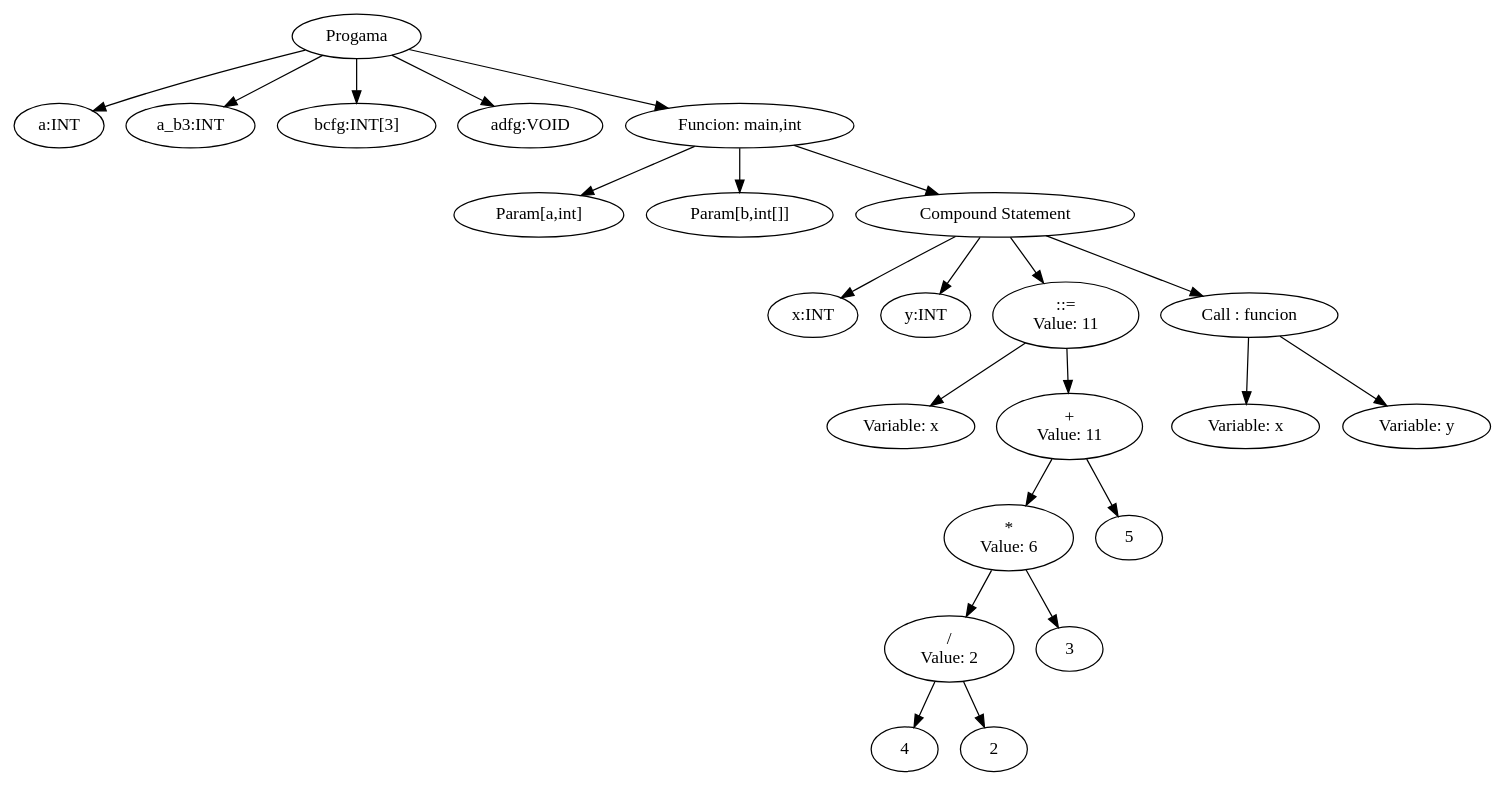
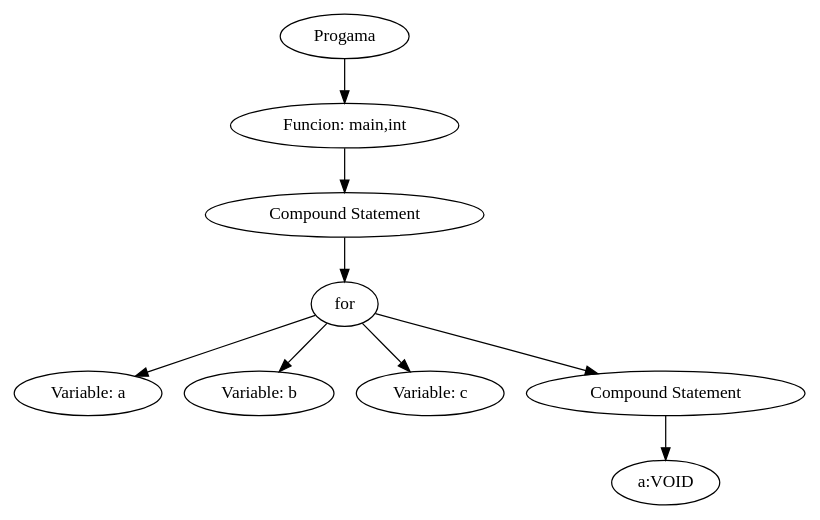
The diagram in Compilador/cod.dot (ComoSiempre/Compilador_T2), drawn with Graphviz before and after one commit. The commit also changed 16 other files, not shown here.

```diff
--- a/Compilador/cod.dot
+++ b/Compilador/cod.dot
@@ -1,51 +1,19 @@
 digraph G { 
 "nodo0"[label="Progama"]; 
-"nodo1"[label="a:INT"]; 
+"nodo1"[label="Funcion: main,int"]; 
 "nodo0"->"nodo1"; 
-"nodo2"[label="a_b3:INT"]; 
-"nodo0"->"nodo2"; 
-"nodo3"[label="bcfg:INT[3]"]; 
-"nodo0"->"nodo3"; 
-"nodo4"[label="adfg:VOID"]; 
-"nodo0"->"nodo4"; 
-"nodo5"[label="Funcion: main,int"]; 
-"nodo0"->"nodo5"; 
-"nodo6"[label="Param[a,int]"]; 
-"nodo5"->"nodo6"; 
-"nodo7"[label="Param[b,int[]]"]; 
-"nodo5"->"nodo7"; 
-"nodo8"[label="Compound Statement"]; 
-"nodo5"->"nodo8"; 
-"nodo9"[label="x:INT"]; 
-"nodo8"->"nodo9"; 
-"nodo10"[label="y:INT"]; 
-"nodo8"->"nodo10"; 
-"nodo11"[label="::=
-Value: 11"]; 
-"nodo8"->"nodo11"; 
-"nodo12"[label="Variable: x"]; 
-"nodo11"->"nodo12"; 
-"nodo13"[label="+
-Value: 11"]; 
-"nodo11"->"nodo13"; 
-"nodo14"[label="*
-Value: 6"]; 
-"nodo13"->"nodo14"; 
-"nodo15"[label="/
-Value: 2"]; 
-"nodo14"->"nodo15"; 
-"nodo16"[label="4"]; 
-"nodo15"->"nodo16"; 
-"nodo17"[label="2"]; 
-"nodo15"->"nodo17"; 
-"nodo18"[label="3"]; 
-"nodo14"->"nodo18"; 
-"nodo19"[label="5"]; 
-"nodo13"->"nodo19"; 
-"nodo20"[label="Call : funcion"]; 
-"nodo8"->"nodo20"; 
-"nodo21"[label="Variable: x"]; 
-"nodo20"->"nodo21"; 
-"nodo22"[label="Variable: y"]; 
-"nodo20"->"nodo22"; 
+"nodo2"[label="Compound Statement"]; 
+"nodo1"->"nodo2"; 
+"nodo3"[label="for"]; 
+"nodo2"->"nodo3"; 
+"nodo4"[label="Variable: a"]; 
+"nodo3"->"nodo4"; 
+"nodo5"[label="Variable: b"]; 
+"nodo3"->"nodo5"; 
+"nodo6"[label="Variable: c"]; 
+"nodo3"->"nodo6"; 
+"nodo7"[label="Compound Statement"]; 
+"nodo3"->"nodo7"; 
+"nodo8"[label="a:VOID"]; 
+"nodo7"->"nodo8"; 
 }
```
